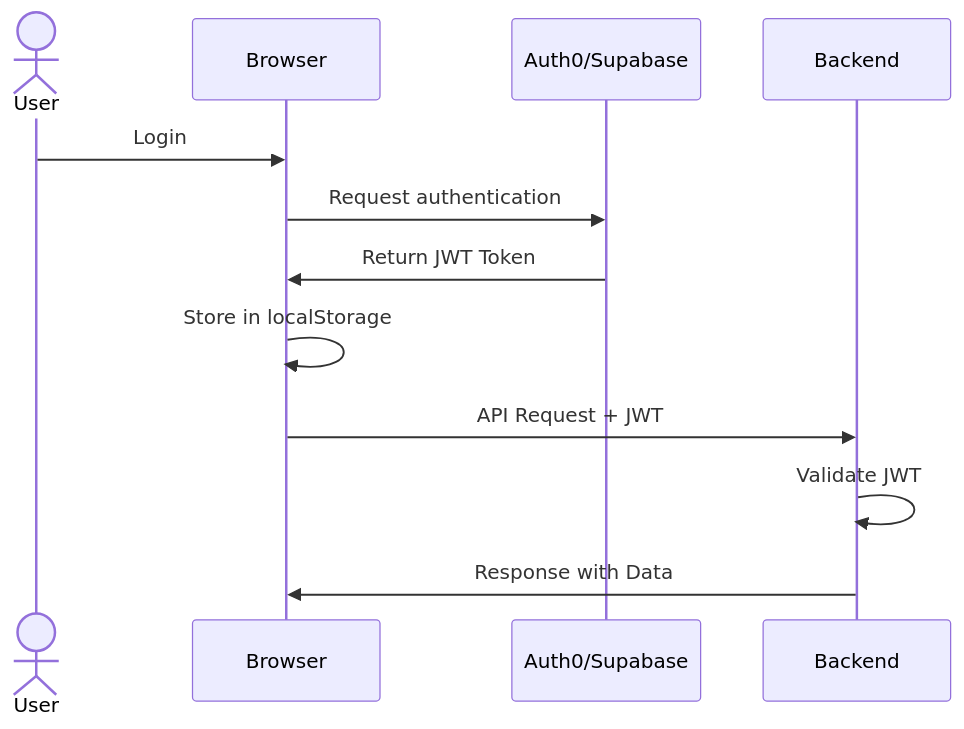
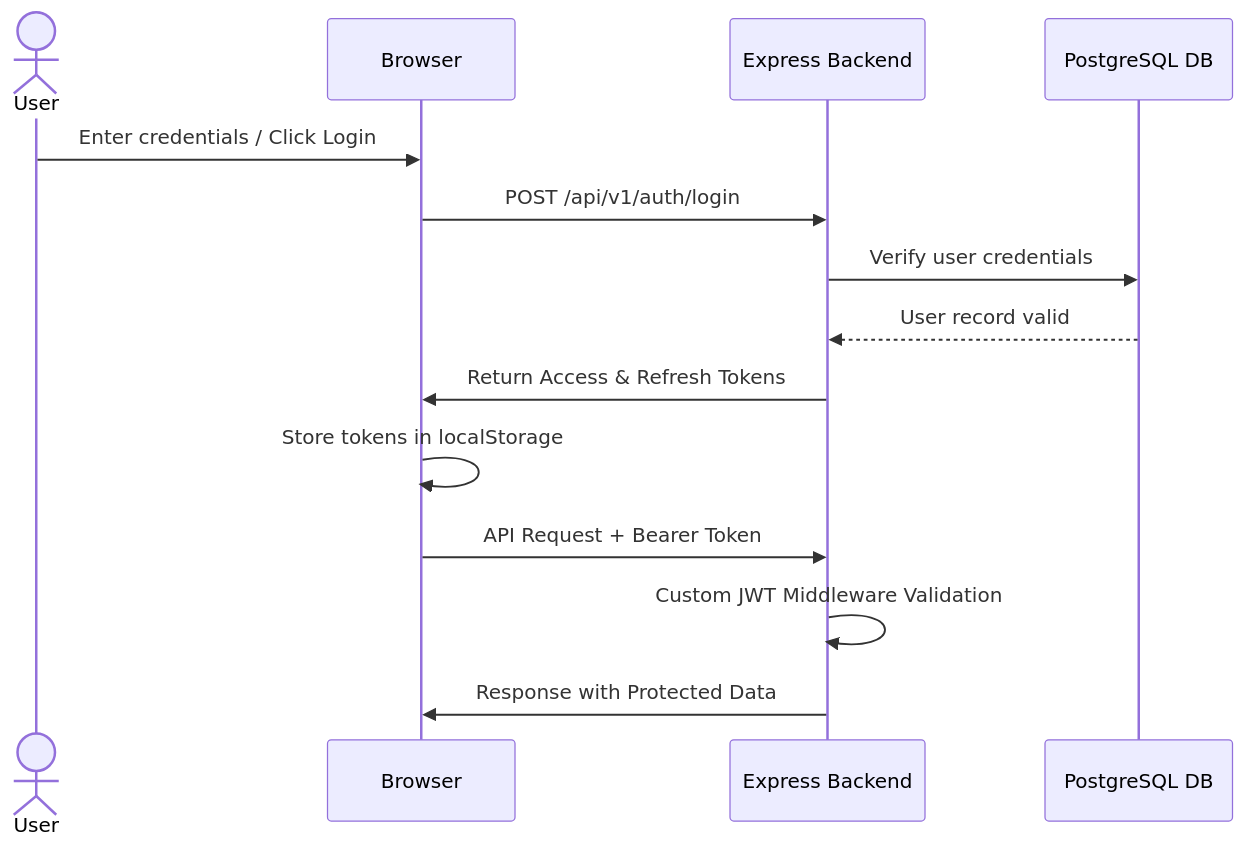
One commit to Parsnipt/Parsnipt changed the third of 4 diagrams in docs/ARCHITECTURE.md. Above: the diagram before and after it, drawn with Mermaid. The commit also changed other lines of this file and 54 other files, not shown here.

First line of the commit message:
feat(phase-1): finalize Parsnipt MVP architecture and comprehensive docs

````diff
--- a/docs/ARCHITECTURE.md
+++ b/docs/ARCHITECTURE.md
@@ -119,15 +119,17 @@
 ```mermaid
 sequenceDiagram
-    actor User
-    participant Browser
-    participant Auth as Auth0/Supabase
-    participant Backend
+    actor User
+    participant Browser
+    participant Backend as Express Backend
+    participant DB as PostgreSQL DB
 
-    User->>Browser: Login
-    Browser->>Auth: Request authentication
-    Auth->>Browser: Return JWT Token
-    Browser->>Browser: Store in localStorage
-    Browser->>Backend: API Request + JWT
-    Backend->>Backend: Validate JWT
-    Backend->>Browser: Response with Data
+    User->>Browser: Enter credentials / Click Login
+    Browser->>Backend: POST /api/v1/auth/login
+    Backend->>DB: Verify user credentials
+    DB-->>Backend: User record valid
+    Backend->>Browser: Return Access & Refresh Tokens
+    Browser->>Browser: Store tokens in localStorage
+    Browser->>Backend: API Request + Bearer Token
+    Backend->>Backend: Custom JWT Middleware Validation
+    Backend->>Browser: Response with Protected Data
 ```
````
